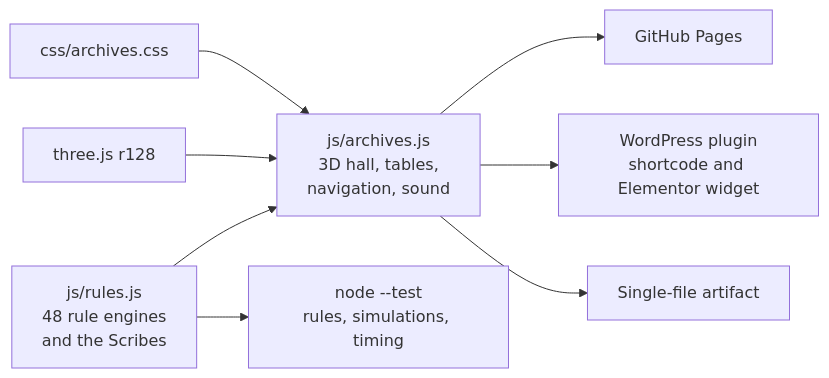
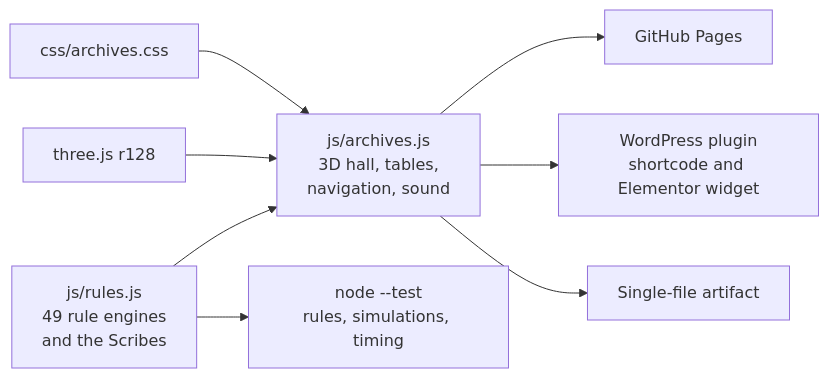
The second of 2 diagrams in README.md (CptNope/Librarium-Archives), drawn with Mermaid before and after one commit. The commit also changed other lines of this file and 14 other files, not shown here.

````diff
--- a/README.md
+++ b/README.md
@@ -41,10 +41,10 @@
 ```mermaid
 flowchart LR
-    rules["js/rules.js<br/>48 rule engines<br/>and the Scribes"] --> hall["js/archives.js<br/>3D hall, tables,<br/>navigation, sound"]
+    rules["js/rules.js<br/>49 rule engines<br/>and the Scribes"] --> hall["js/archives.js<br/>3D hall, tables,<br/>navigation, sound"]
     three["three.js r128"] --> hall
     css["css/archives.css"] --> hall
     hall --> site["GitHub Pages"]
     hall --> plugin["WordPress plugin<br/>shortcode and Elementor widget"]
     hall --> artifact["Single-file artifact"]
     rules --> tests["node --test<br/>rules, simulations, timing"]
 ```
````
